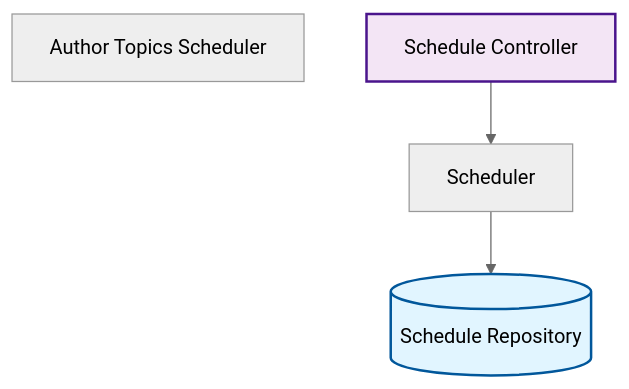
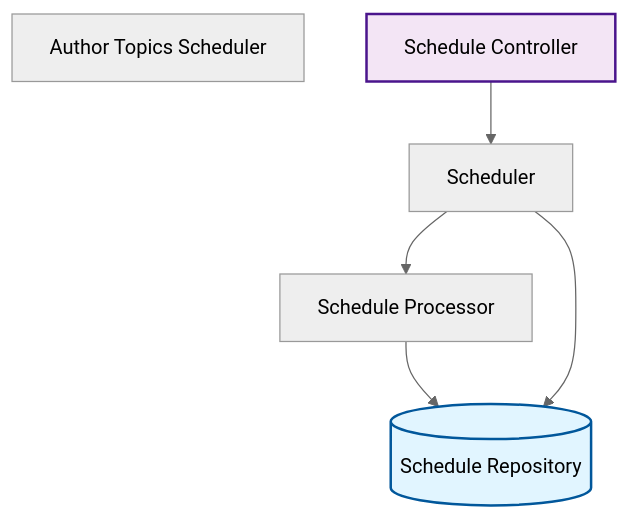
One commit to rpnunez/wp-ai-scheduler changed the third of 10 diagrams in docs/feature-report.md. Above: the diagram before and after it, drawn with Mermaid (neutral theme). The commit also changed other lines of this file, not shown here.

````diff
--- a/docs/feature-report.md
+++ b/docs/feature-report.md
@@ -130,18 +131,21 @@
 ```mermaid
 flowchart TD
     %% Scheduling & Automation Architecture
 
     Author_Topics_Scheduler["Author Topics Scheduler"]
     Schedule_Controller["Schedule Controller"]
+    Schedule_Processor["Schedule Processor"]
     Schedule_Repository[("Schedule Repository")]
     Scheduler["Scheduler"]
 
     Schedule_Controller --> Scheduler
+    Schedule_Processor --> Schedule_Repository
     Scheduler --> Schedule_Repository
+    Scheduler --> Schedule_Processor
 
     classDef repository fill:#e1f5ff,stroke:#01579b,stroke-width:2px
     classDef service fill:#fff3e0,stroke:#e65100,stroke-width:2px
     classDef controller fill:#f3e5f5,stroke:#4a148c,stroke-width:2px
     class Schedule_Repository repository
     class Schedule_Controller controller
 ```
````
